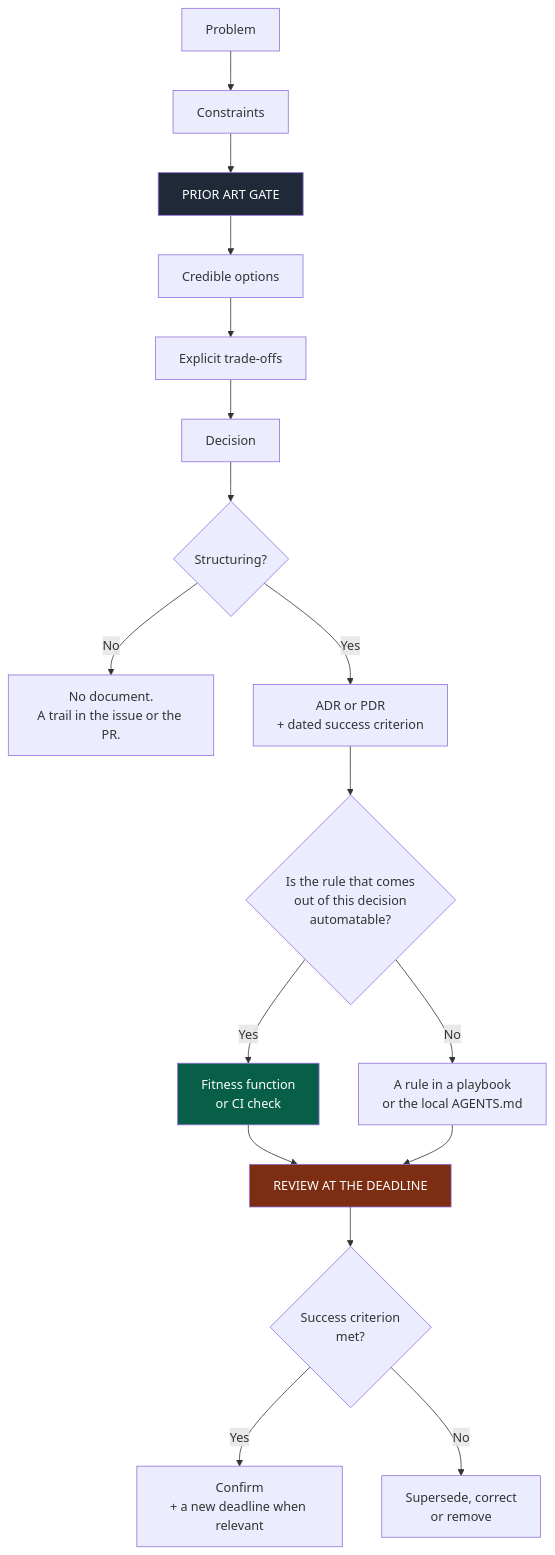
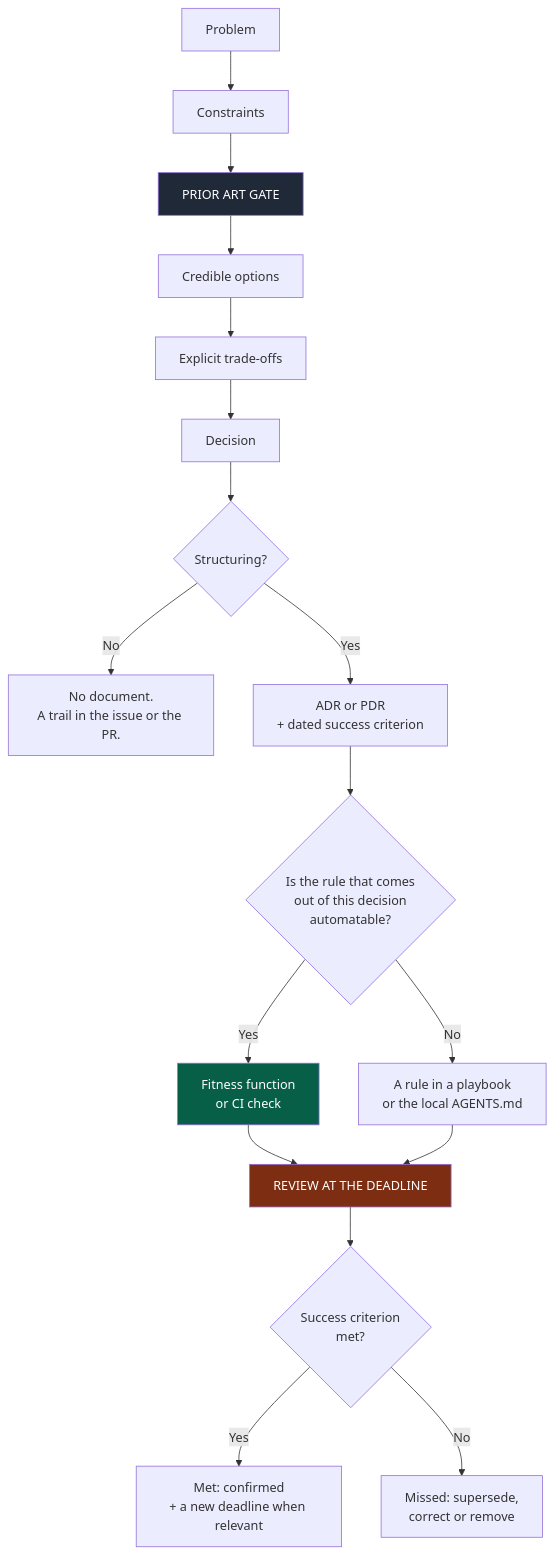
The second of 3 diagrams in .nstack/handbook/06-decisions.md (NapkinStack/wholeheard), drawn with Mermaid before and after one commit. The commit also changed other lines of this file and 8 other files, not shown here.

````diff
--- a/.nstack/handbook/06-decisions.md
+++ b/.nstack/handbook/06-decisions.md
@@ -203,24 +203,24 @@
 ```mermaid
 flowchart TD
     P["Problem"] --> C["Constraints"]
     C --> PA["PRIOR ART GATE"]
     PA --> O["Credible options"]
     O --> T["Explicit trade-offs"]
     T --> D["Decision"]
     D --> R{"Structuring?"}
     R -->|No| X["No document.<br/>A trail in the issue or the PR."]
     R -->|Yes| DOC["ADR or PDR<br/>+ dated success criterion"]
     DOC --> A{"Is the rule that comes<br/>out of this decision<br/>automatable?"}
     A -->|Yes| AU["Fitness function<br/>or CI check"]
     A -->|No| AU2["A rule in a playbook<br/>or the local AGENTS.md"]
 
     AU --> REV["REVIEW AT THE DEADLINE"]
     AU2 --> REV
     REV --> REV1{"Success criterion<br/>met?"}
-    REV1 -->|Yes| CONF["Confirm<br/>+ a new deadline when relevant"]
-    REV1 -->|No| SUP["Supersede, correct<br/>or remove"]
+    REV1 -->|Yes| CONF["Met: confirmed<br/>+ a new deadline when relevant"]
+    REV1 -->|No| SUP["Missed: supersede,<br/>correct or remove"]
 
     style PA fill:#1f2937,color:#fff
     style AU fill:#065f46,color:#fff
     style REV fill:#7c2d12,color:#fff
 ```
````
